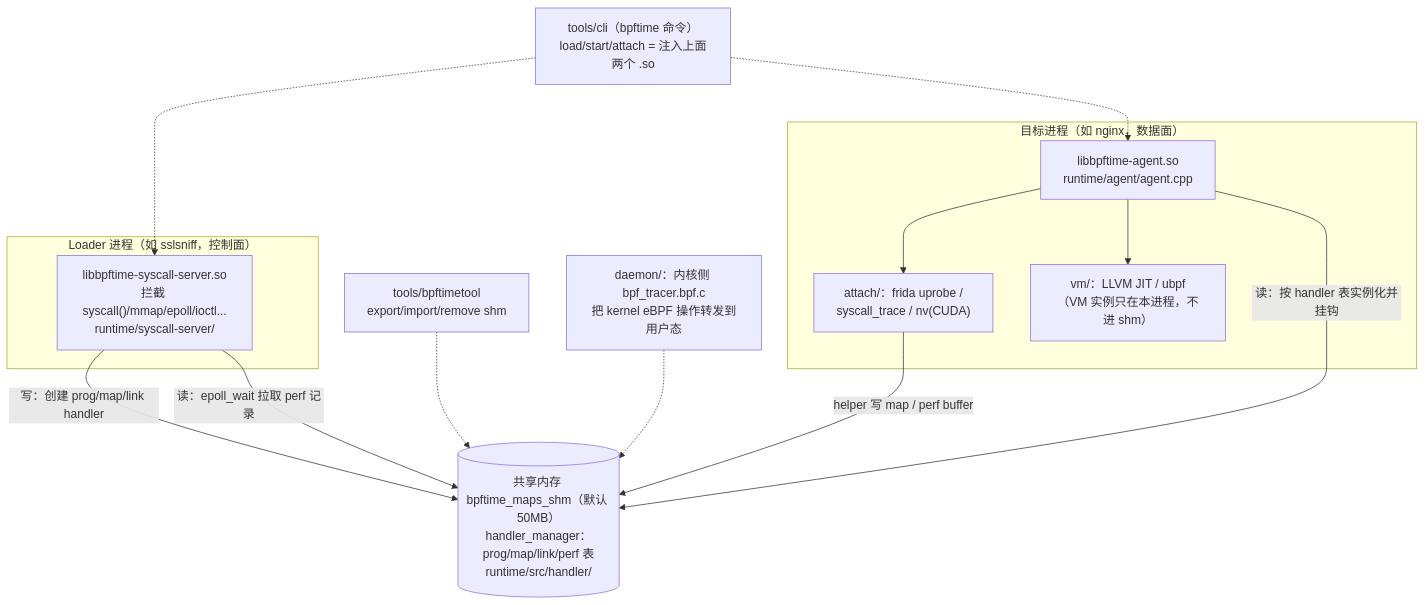
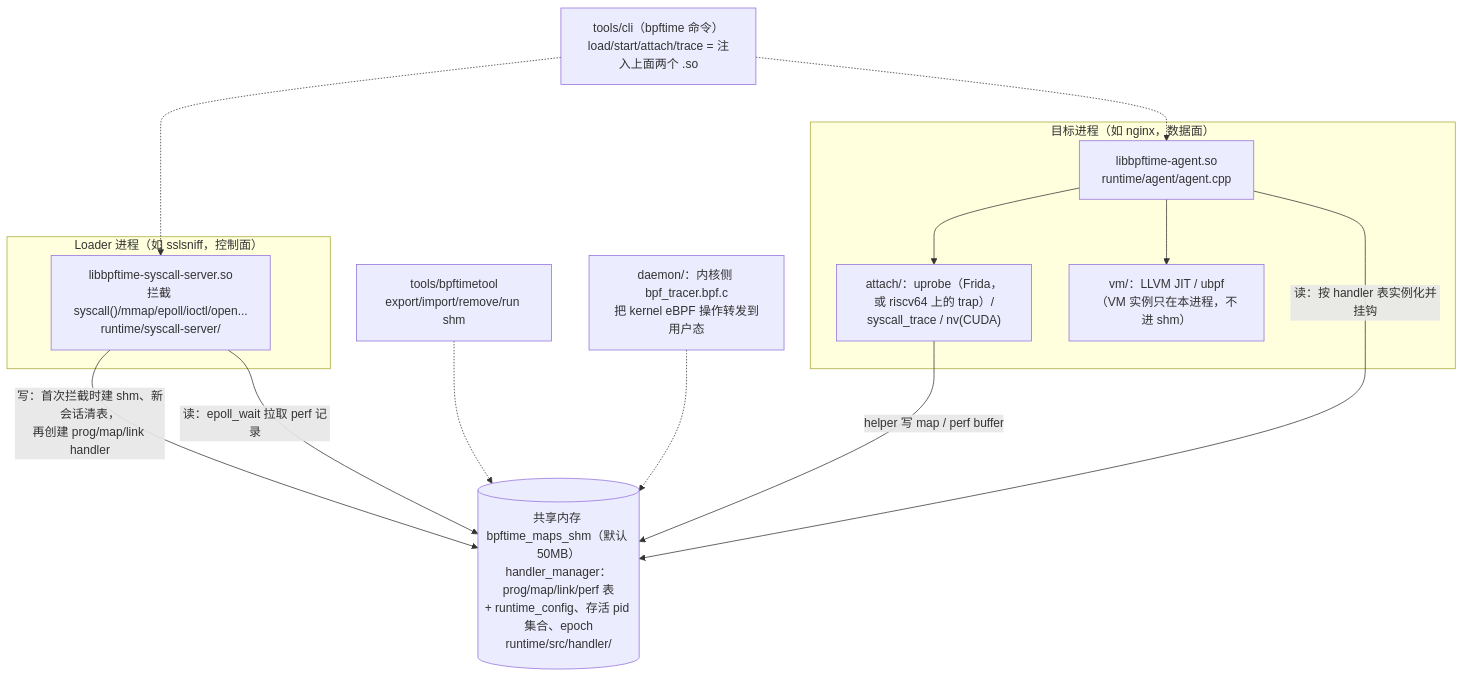
Before and after one commit to plsy1/bpftime-benchmark: the first of 2 diagrams in 00-architecture.md, drawn with Mermaid. The commit also changed other lines of this file and 9 other files, not shown here.

````diff
--- a/00-architecture.md
+++ b/00-architecture.md
@@ -34,22 +41,22 @@
 ```mermaid
 graph TD
     subgraph loader["Loader 进程（如 sslsniff，控制面）"]
-        SS["libbpftime-syscall-server.so<br/>拦截 syscall()/mmap/epoll/ioctl...<br/>runtime/syscall-server/"]
+        SS["libbpftime-syscall-server.so<br/>拦截 syscall()/mmap/epoll/ioctl/open...<br/>runtime/syscall-server/"]
     end
     subgraph target["目标进程（如 nginx，数据面）"]
         AG["libbpftime-agent.so<br/>runtime/agent/agent.cpp"]
-        ATT["attach/：frida uprobe /<br/>syscall_trace / nv(CUDA)"]
+        ATT["attach/：uprobe（Frida，或 riscv64 上的 trap）/<br/>syscall_trace / nv(CUDA)"]
         VM["vm/：LLVM JIT / ubpf<br/>（VM 实例只在本进程，不进 shm）"]
         AG --> ATT
         AG --> VM
     end
-    SHM[("共享内存 bpftime_maps_shm（默认 50MB）<br/>handler_manager：prog/map/link/perf 表<br/>runtime/src/handler/")]
-    SS -- "写：创建 prog/map/link handler" --> SHM
+    SHM[("共享内存 bpftime_maps_shm（默认 50MB）<br/>handler_manager：prog/map/link/perf 表<br/>+ runtime_config、存活 pid 集合、epoch<br/>runtime/src/handler/")]
+    SS -- "写：首次拦截时建 shm、新会话清表，<br/>再创建 prog/map/link handler" --> SHM
     AG -- "读：按 handler 表实例化并挂钩" --> SHM
     ATT -- "helper 写 map / perf buffer" --> SHM
     SS -- "读：epoll_wait 拉取 perf 记录" --> SHM
-    CLI["tools/cli（bpftime 命令）<br/>load/start/attach = 注入上面两个 .so"] -.-> SS
+    CLI["tools/cli（bpftime 命令）<br/>load/start/attach/trace = 注入上面两个 .so"] -.-> SS
     CLI -.-> AG
-    TOOL["tools/bpftimetool<br/>export/import/remove shm"] -.-> SHM
+    TOOL["tools/bpftimetool<br/>export/import/remove/run shm"] -.-> SHM
     DAEMON["daemon/：内核侧 bpf_tracer.bpf.c<br/>把 kernel eBPF 操作转发到用户态"] -.-> SHM
 ```
````
